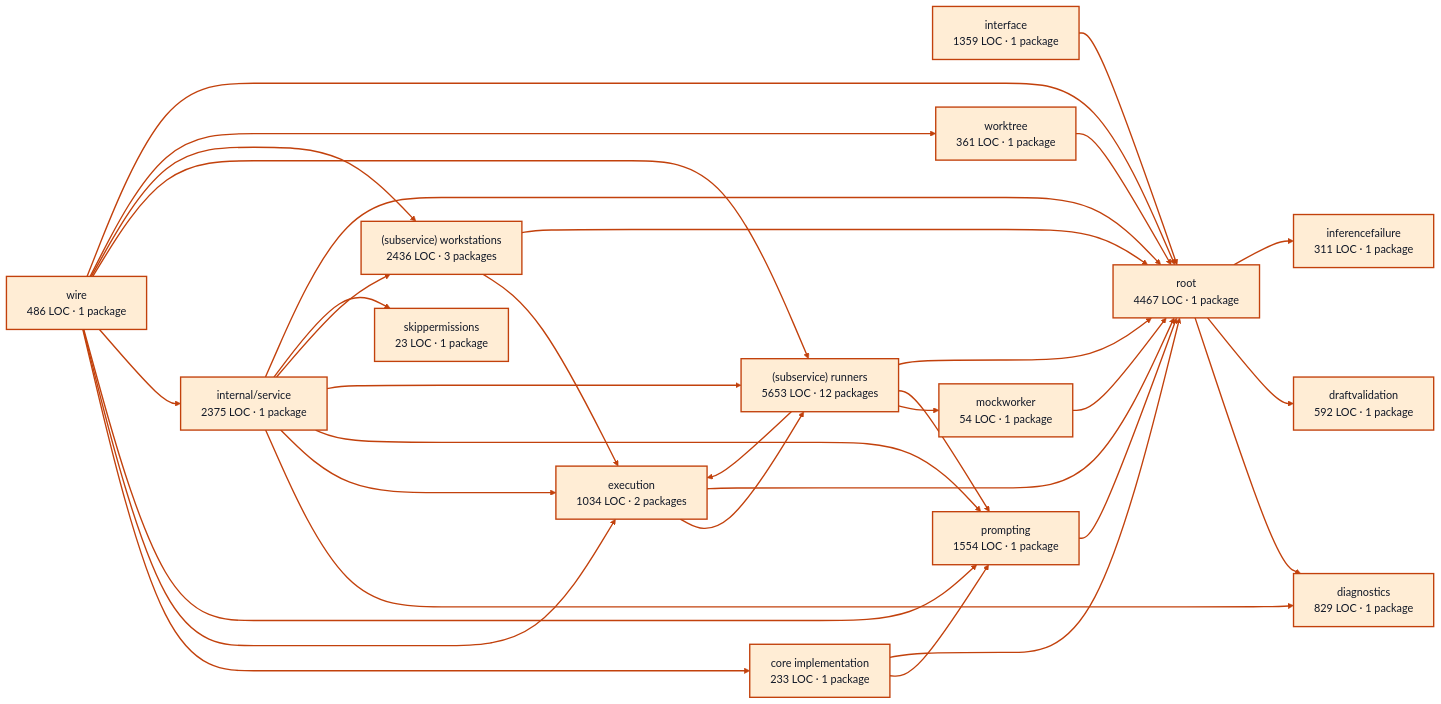
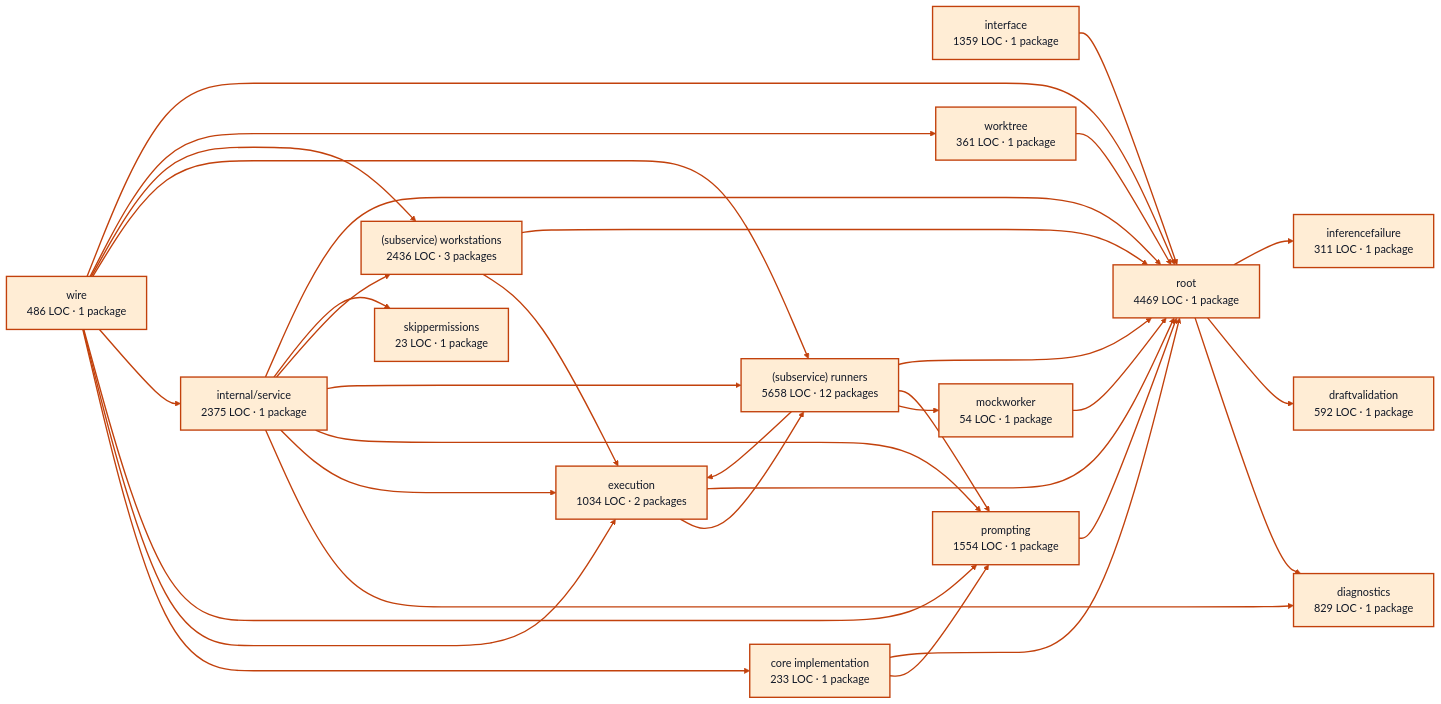
The diagram in docs/architecture/visualizations/services/workers.md (portpowered/you-agent-factory), drawn with Mermaid before and after one commit. The commit also changed other lines of this file and 20 other files, not shown here.

Commit message:
docs: refresh backend architecture visualizations

````diff
--- a/docs/architecture/visualizations/services/workers.md
+++ b/docs/architecture/visualizations/services/workers.md
@@ -11,66 +11,66 @@
 ```mermaid
 flowchart LR
   p0["core implementation<br/>233 LOC · 1 package"]
   p1["diagnostics<br/>829 LOC · 1 package"]
   p2["draftvalidation<br/>592 LOC · 1 package"]
   p3["execution<br/>1034 LOC · 2 packages"]
   p4["inferencefailure<br/>311 LOC · 1 package"]
   p5["interface<br/>1359 LOC · 1 package"]
   p6["mockworker<br/>54 LOC · 1 package"]
   p7["prompting<br/>1554 LOC · 1 package"]
   p8["internal/service<br/>2375 LOC · 1 package"]
-  p9["(subservice) runners<br/>5653 LOC · 12 packages"]
+  p9["(subservice) runners<br/>5658 LOC · 12 packages"]
   p10["(subservice) workstations<br/>2436 LOC · 3 packages"]
   p11["skippermissions<br/>23 LOC · 1 package"]
   p12["worktree<br/>361 LOC · 1 package"]
-  p13["root<br/>4467 LOC · 1 package"]
+  p13["root<br/>4469 LOC · 1 package"]
   p14["wire<br/>486 LOC · 1 package"]
   p0 --> p7
   p0 --> p13
   p3 --> p9
   p3 --> p13
   p5 --> p13
   p6 --> p13
   p7 --> p13
   p8 --> p1
   p8 --> p3
   p8 --> p7
   p8 --> p9
   p8 --> p10
   p8 --> p11
   p8 --> p13
   p9 --> p3
   p9 --> p6
   p9 --> p7
   p9 --> p13
   p10 --> p3
   p10 --> p13
   p12 --> p13
   p13 --> p1
   p13 --> p2
   p13 --> p4
   p14 --> p0
   p14 --> p3
   p14 --> p7
   p14 --> p8
   p14 --> p9
   p14 --> p10
   p14 --> p12
   p14 --> p13
   style p0 fill:#ffedd5,stroke:#c2410c,stroke-width:2px,color:#111827
   style p1 fill:#ffedd5,stroke:#c2410c,stroke-width:2px,color:#111827
   style p2 fill:#ffedd5,stroke:#c2410c,stroke-width:2px,color:#111827
   style p3 fill:#ffedd5,stroke:#c2410c,stroke-width:2px,color:#111827
   style p4 fill:#ffedd5,stroke:#c2410c,stroke-width:2px,color:#111827
   style p5 fill:#ffedd5,stroke:#c2410c,stroke-width:2px,color:#111827
   style p6 fill:#ffedd5,stroke:#c2410c,stroke-width:2px,color:#111827
   style p7 fill:#ffedd5,stroke:#c2410c,stroke-width:2px,color:#111827
   style p8 fill:#ffedd5,stroke:#c2410c,stroke-width:2px,color:#111827
   style p9 fill:#ffedd5,stroke:#c2410c,stroke-width:2px,color:#111827
   style p10 fill:#ffedd5,stroke:#c2410c,stroke-width:2px,color:#111827
   style p11 fill:#ffedd5,stroke:#c2410c,stroke-width:2px,color:#111827
   style p12 fill:#ffedd5,stroke:#c2410c,stroke-width:2px,color:#111827
   style p13 fill:#ffedd5,stroke:#c2410c,stroke-width:2px,color:#111827
   style p14 fill:#ffedd5,stroke:#c2410c,stroke-width:2px,color:#111827
   linkStyle default stroke:#c2410c,stroke-width:2px
 ```
````
